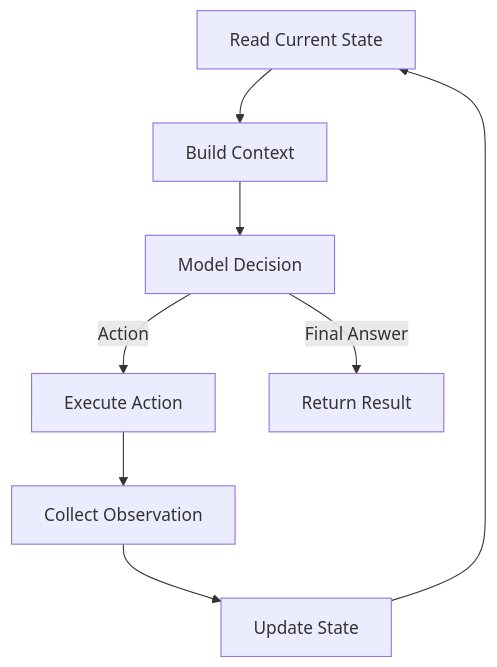
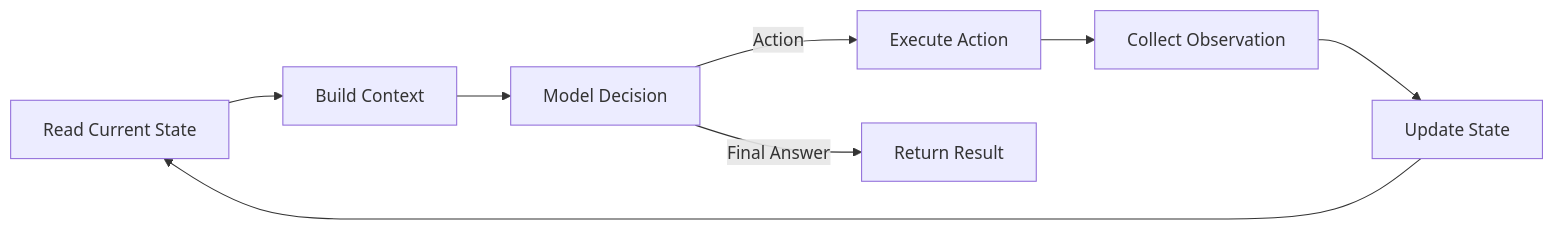
The third of 3 diagrams in docs/01-agent-fundamentals/02-agent-loop.md (MaYaoquan/ai-agent-learning), drawn with Mermaid before and after one commit. The commit also changed other lines of this file, not shown here.

````diff
--- a/docs/01-agent-fundamentals/02-agent-loop.md
+++ b/docs/01-agent-fundamentals/02-agent-loop.md
@@ -95,10 +95,10 @@
 ```mermaid
-flowchart TD
+flowchart LR
     A[Read Current State] --> B[Build Context]
     B --> C[Model Decision]
     C -- Action --> E[Execute Action]
     E --> F[Collect Observation]
     F --> G[Update State]
     C -- Final Answer --> H[Return Result]
     G --> A
 ```
````
